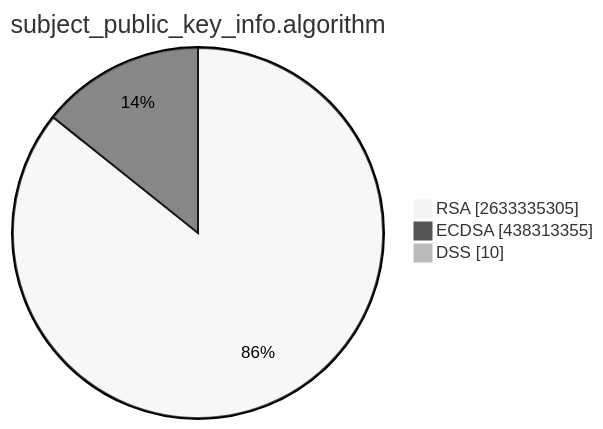
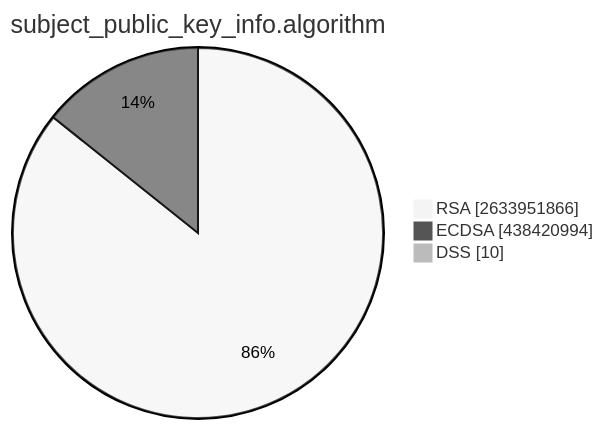
Before and after one commit to christiankrug/ctmonitor_visualization: the second of 15 diagrams in TOTAL/README.md, drawn with Mermaid (neutral theme). The commit also changed other lines of this file, not shown here.

````diff
--- a/TOTAL/README.md
+++ b/TOTAL/README.md
@@ -6,7 +6,7 @@
 ```mermaid
 pie showData
 title subject_public_key_info.algorithm
-"RSA" :2633335305
-"ECDSA" :438313355
+"RSA" :2633951866
+"ECDSA" :438420994
 "DSS" :10
 ```
````
